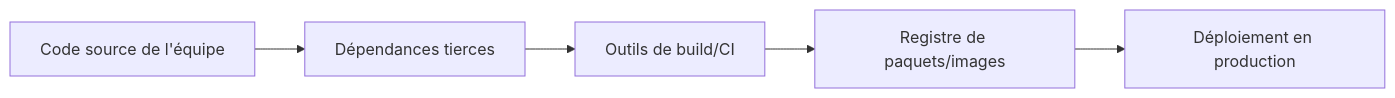
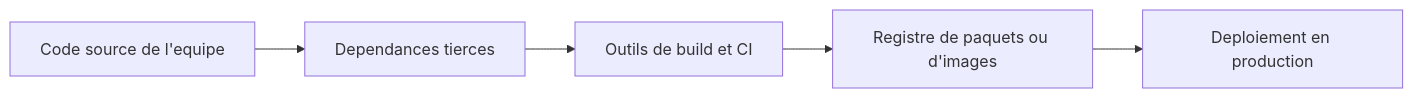
The diagram in content/courses/securite-applications-api/06-securite-chaine-approvisionnement-logicielle.md (AureDulvresse/nyx), drawn with Mermaid before and after one commit. The commit also changed other lines of this file and 167 other files, not shown here.

````diff
--- a/content/courses/securite-applications-api/06-securite-chaine-approvisionnement-logicielle.md
+++ b/content/courses/securite-applications-api/06-securite-chaine-approvisionnement-logicielle.md
@@ -25,7 +26,7 @@
 ```mermaid
-graph LR
-    A[Code source de l'équipe] --> B[Dépendances tierces]
-    B --> C[Outils de build/CI]
-    C --> D[Registre de paquets/images]
-    D --> E[Déploiement en production]
+flowchart LR
+    A["Code source de l'equipe"] --> B["Dependances tierces"]
+    B --> C["Outils de build et CI"]
+    C --> D["Registre de paquets ou d'images"]
+    D --> E["Deploiement en production"]
 ```
````
